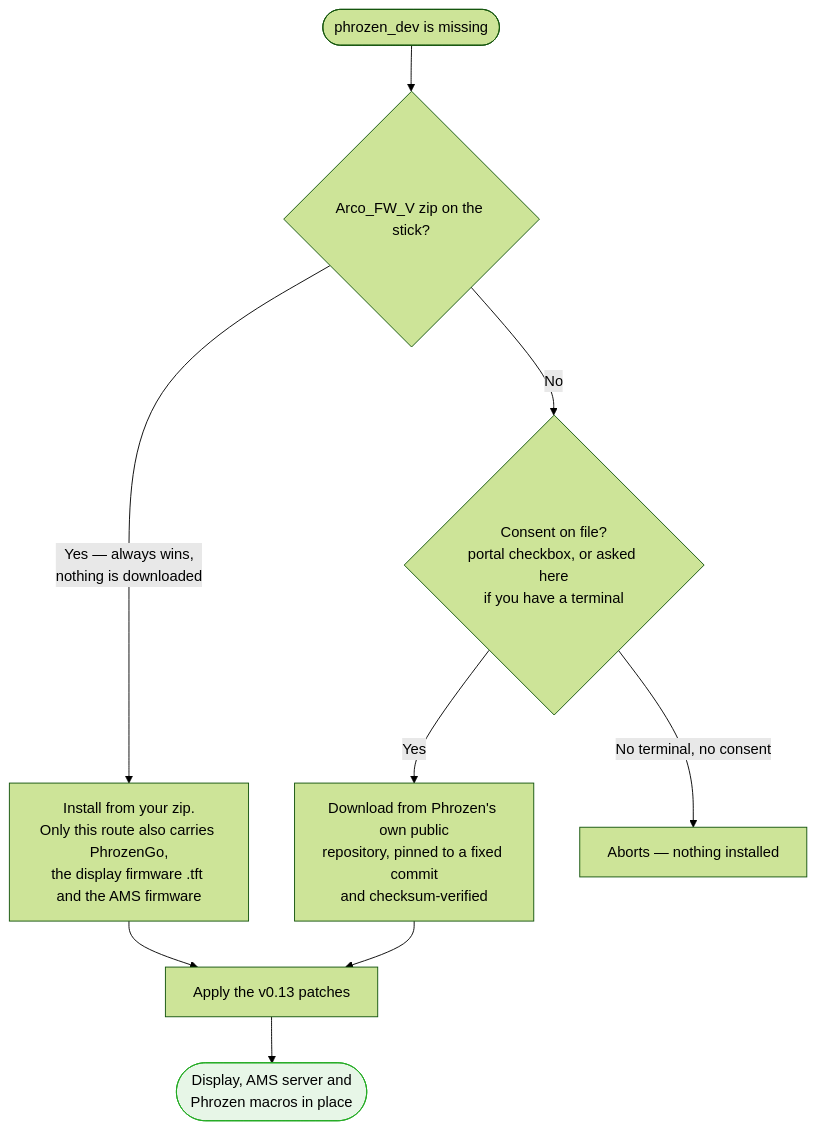
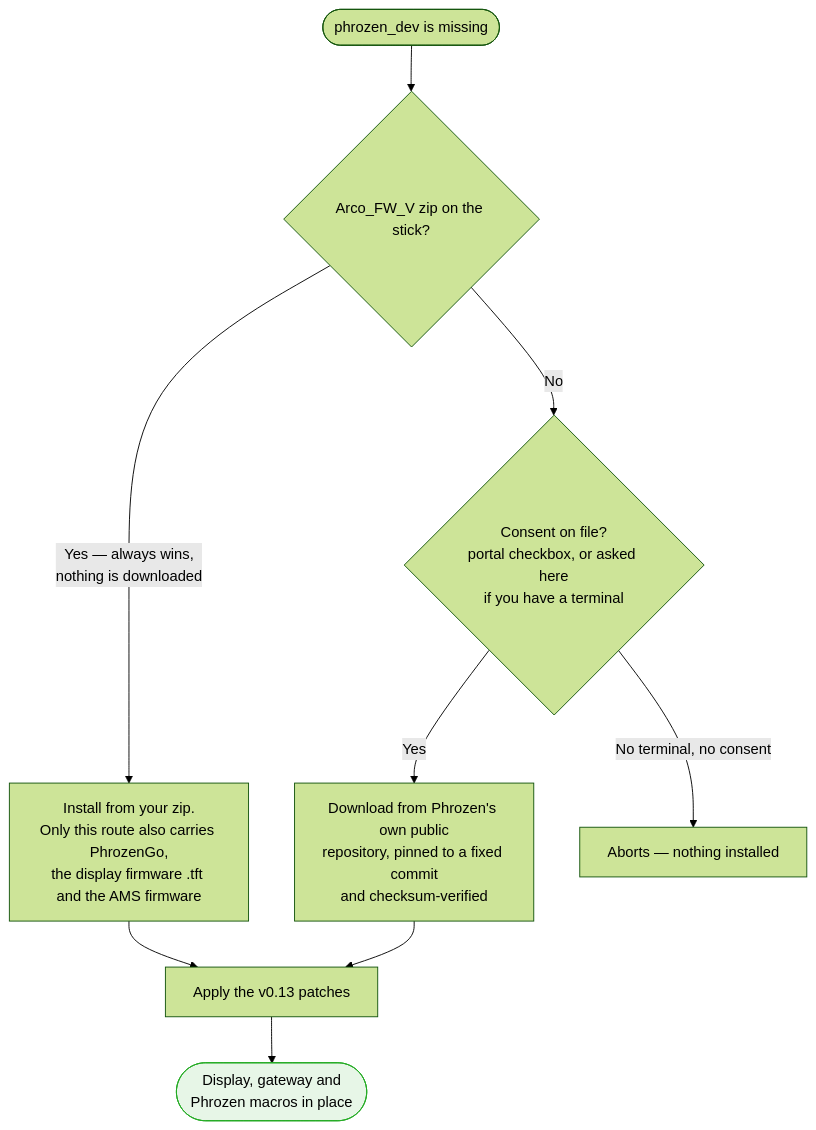
One commit to solutionphil/arco-unleashed changed the eighth of 16 diagrams in INSTALL-FLOWCHARTS.md. Above: the diagram before and after it, drawn with Mermaid (forest theme). The commit also changed other lines of this file and 7 other files, not shown here.

````diff
--- a/INSTALL-FLOWCHARTS.md
+++ b/INSTALL-FLOWCHARTS.md
@@ -295,14 +295,14 @@
 ```mermaid
 flowchart TD
     F0(["phrozen_dev is missing"]) --> F1{"Arco_FW_V zip on the stick?"}
     F1 -->|"Yes — always wins,<br/>nothing is downloaded"| U["Install from your zip.<br/>Only this route also carries PhrozenGo,<br/>the display firmware .tft and the AMS firmware"]
     F1 -->|"No"| F2{"Consent on file?<br/>portal checkbox, or asked here<br/>if you have a terminal"}
     F2 -->|"Yes"| DL["Download from Phrozen's own public<br/>repository, pinned to a fixed commit<br/>and checksum-verified"]
     F2 -->|"No terminal, no consent"| STOP["Aborts — nothing installed"]
     U --> P["Apply the v0.13 patches"]
     DL --> P
-    P --> DONE(["Display, AMS server and<br/>Phrozen macros in place"])
+    P --> DONE(["Display, gateway and<br/>Phrozen macros in place"])
 
     classDef okay fill:#e7f6e7,stroke:#22aa22,color:#000
     class DONE okay
 ```
````
